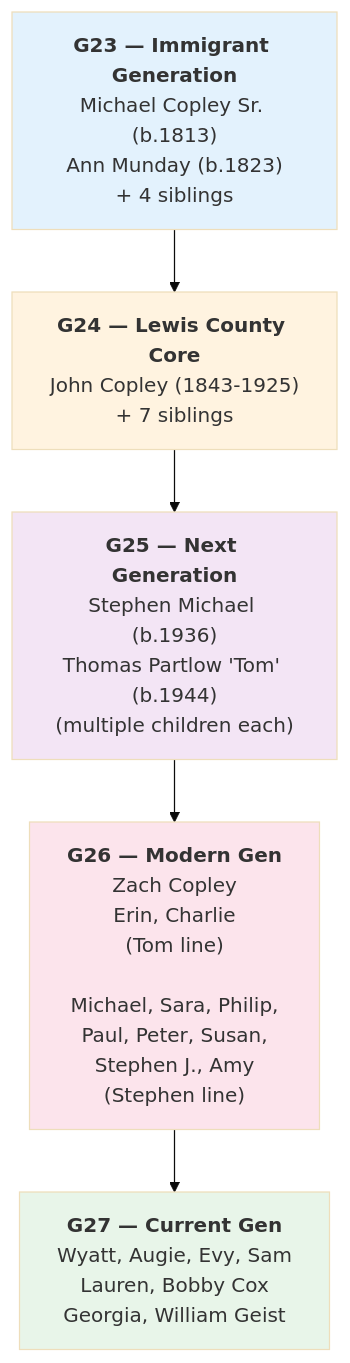
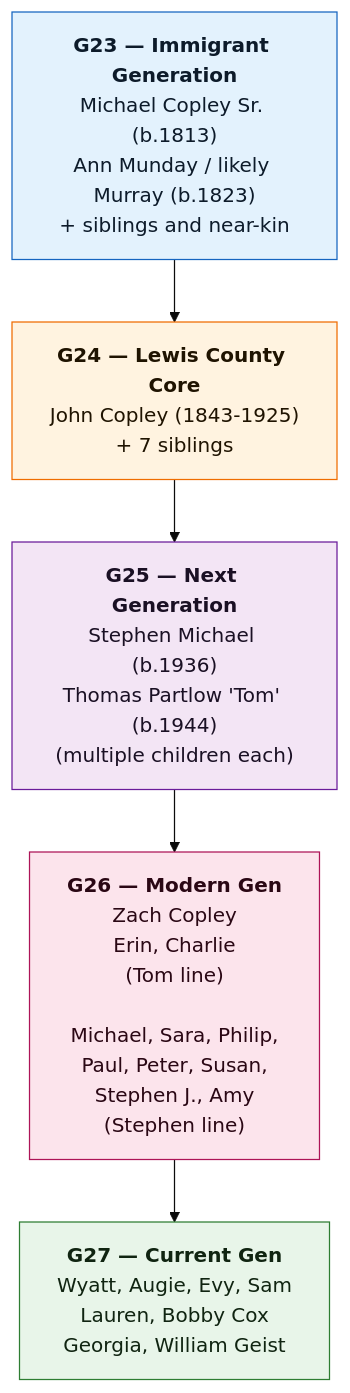
The diagram in People Directory.md (zcopley/copley-family-research), drawn with Mermaid (base theme) before and after one commit. The commit also changed other lines of this file and 29 other files, not shown here.

````diff
--- a/People Directory.md
+++ b/People Directory.md
@@ -21,23 +22,23 @@
 ```mermaid
 graph TB
-    G23["<b>G23 — Immigrant Generation</b><br/>Michael Copley Sr. (b.1813)<br/>Ann Munday (b.1823)<br/>+ 4 siblings"]
+    G23["<b>G23 — Immigrant Generation</b><br/>Michael Copley Sr. (b.1813)<br/>Ann Munday / likely Murray (b.1823)<br/>+ siblings and near-kin"]
     
     G24["<b>G24 — Lewis County Core</b><br/>John Copley (1843-1925)<br/>+ 7 siblings"]
     
     G25["<b>G25 — Next Generation</b><br/>Stephen Michael (b.1936)<br/>Thomas Partlow 'Tom' (b.1944)<br/>(multiple children each)"]
     
     G26["<b>G26 — Modern Gen</b><br/>Zach Copley<br/>Erin, Charlie<br/>(Tom line)<br/><br/>Michael, Sara, Philip,<br/>Paul, Peter, Susan,<br/>Stephen J., Amy<br/>(Stephen line)"]
     
     G27["<b>G27 — Current Gen</b><br/>Wyatt, Augie, Evy, Sam<br/>Lauren, Bobby Cox<br/>Georgia, William Geist"]
     
     G23 --> G24
     G24 --> G25
     G25 --> G26
     G26 --> G27
     
-    style G23 fill:#e3f2fd
-    style G24 fill:#fff3e0
-    style G25 fill:#f3e5f5
-    style G26 fill:#fce4ec
-    style G27 fill:#e8f5e9
+    style G23 fill:#e3f2fd,stroke:#1565c0,color:#0d1b2a
+    style G24 fill:#fff3e0,stroke:#ef6c00,color:#1f1300
+    style G25 fill:#f3e5f5,stroke:#6a1b9a,color:#1a1024
+    style G26 fill:#fce4ec,stroke:#ad1457,color:#2a0714
+    style G27 fill:#e8f5e9,stroke:#2e7d32,color:#102411
 ```
````
